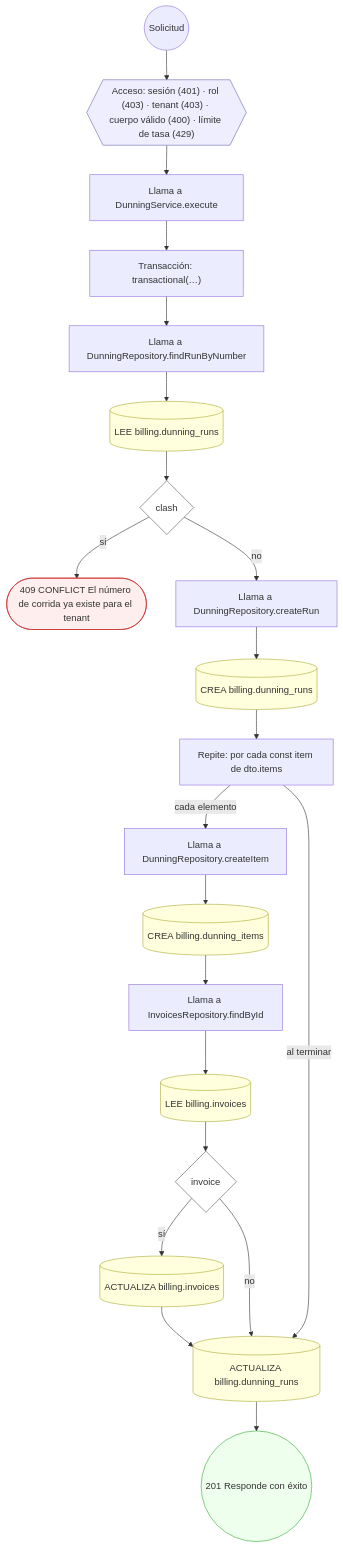
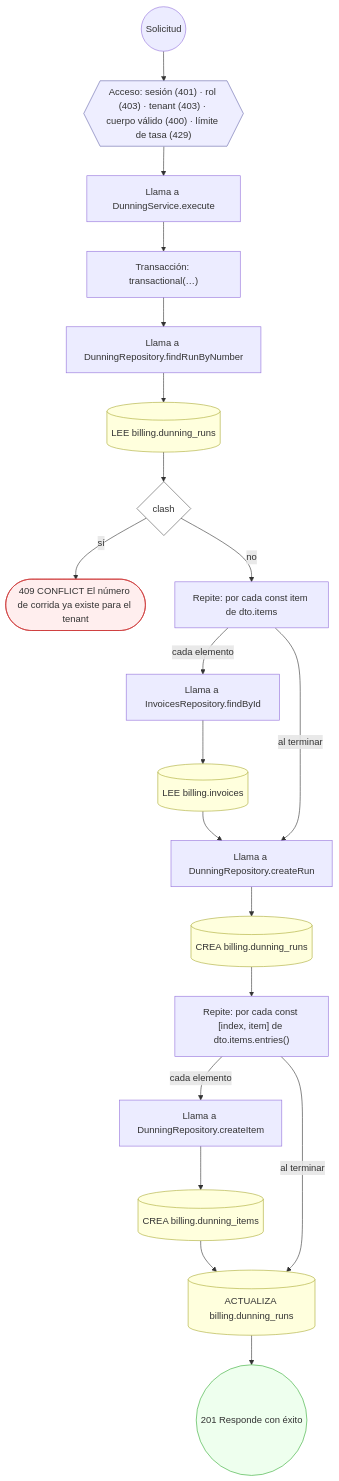
The fifth of 34 diagrams in docs/inventario/flujos/billing.md (mdavila-2001/mantra-core-health-api), drawn with Mermaid before and after one commit. The commit also changed other lines of this file and 438 other files, not shown here.

````diff
--- a/docs/inventario/flujos/billing.md
+++ b/docs/inventario/flujos/billing.md
@@ -540,48 +548,46 @@
 ```mermaid
 flowchart TD
   n1(("Solicitud")):::inicio
   n2{{"Acceso: sesión (401) · rol (403) · tenant (403) · cuerpo válido (400) · límite de tasa (429)"}}:::acceso
   n1 --> n2
   n3["Llama a DunningService.execute"]:::llamada
   n2 --> n3
   n4["Transacción: transactional(…)"]:::transaccion
   n3 --> n4
   n5["Llama a DunningRepository.findRunByNumber"]:::llamada
   n4 --> n5
   n6[("LEE billing.dunning_runs")]:::efecto
   n5 --> n6
   n7{"clash"}:::decision
   n6 --> n7
   n8(["409 CONFLICT El número de corrida ya existe para el tenant"]):::error
   n7 -->|"sí"| n8
-  n9["Llama a DunningRepository.createRun"]:::llamada
+  n9["Repite: por cada const item de dto.items"]:::bucle
   n7 -->|"no"| n9
-  n10[("CREA billing.dunning_runs")]:::efecto
-  n9 --> n10
-  n11["Repite: por cada const item de dto.items"]:::bucle
+  n10["Llama a InvoicesRepository.findById"]:::llamada
+  n9 -->|"cada elemento"| n10
+  n11[("LEE billing.invoices")]:::efecto
   n10 --> n11
-  n12["Llama a DunningRepository.createItem"]:::llamada
-  n11 -->|"cada elemento"| n12
-  n13[("CREA billing.dunning_items")]:::efecto
+  n12["Llama a DunningRepository.createRun"]:::llamada
+  n11 --> n12
+  n9 -->|"al terminar"| n12
+  n13[("CREA billing.dunning_runs")]:::efecto
   n12 --> n13
-  n14["Llama a InvoicesRepository.findById"]:::llamada
+  n14["Repite: por cada const [index, item] de dto.items.entries()"]:::bucle
   n13 --> n14
-  n15[("LEE billing.invoices")]:::efecto
-  n14 --> n15
-  n16{"invoice"}:::decision
+  n15["Llama a DunningRepository.createItem"]:::llamada
+  n14 -->|"cada elemento"| n15
+  n16[("CREA billing.dunning_items")]:::efecto
   n15 --> n16
-  n17[("ACTUALIZA billing.invoices")]:::efecto
-  n16 -->|"sí"| n17
-  n18[("ACTUALIZA billing.dunning_runs")]:::efecto
+  n17[("ACTUALIZA billing.dunning_runs")]:::efecto
+  n16 --> n17
+  n14 -->|"al terminar"| n17
+  n18(("201 Responde con éxito")):::ok
   n17 --> n18
-  n16 -->|"no"| n18
-  n11 -->|"al terminar"| n18
-  n19(("201 Responde con éxito")):::ok
-  n18 --> n19
   classDef acceso fill:#eef,stroke:#66a
   classDef error fill:#fee,stroke:#c33
   classDef ok fill:#efe,stroke:#3a3
   classDef efecto fill:#ffd,stroke:#aa3
   classDef decision fill:#fff,stroke:#555
   classDef corte fill:#eee,stroke:#999,stroke-dasharray: 4
 ```
````
